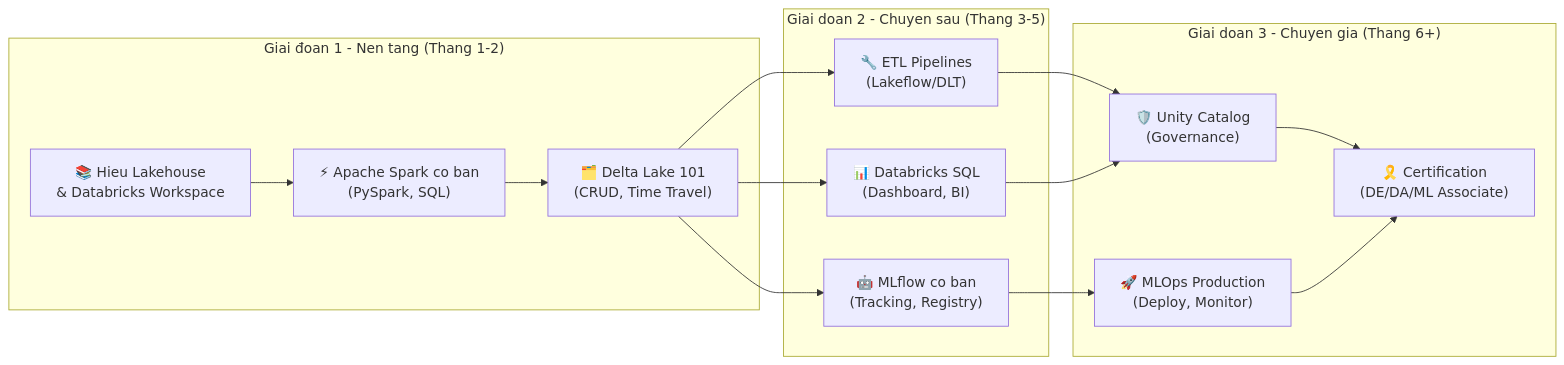
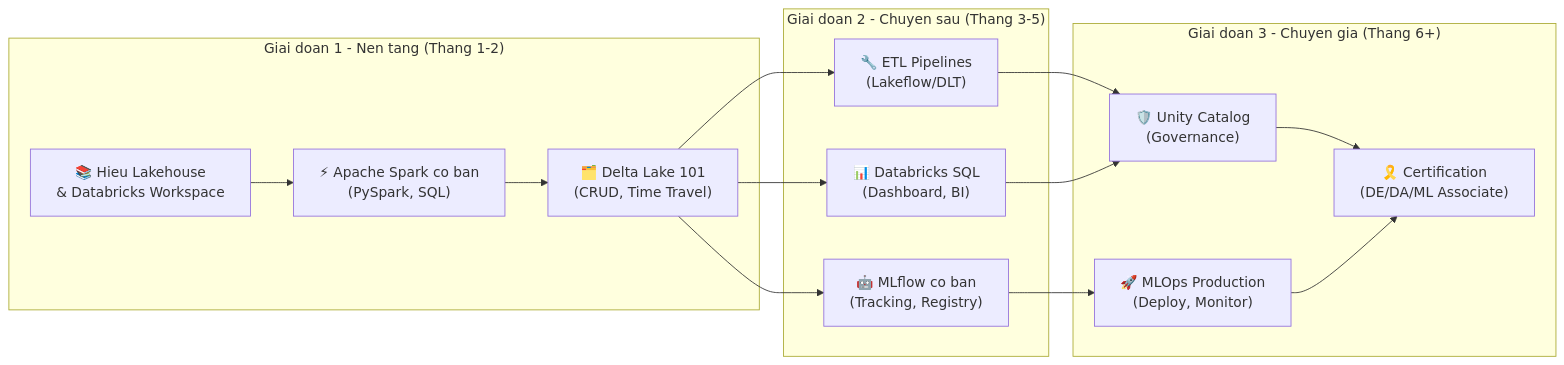
One commit to vuanhtu1993/vuanhtu1993.github.io changed the fourth of 6 diagrams in blog/2026-03-03/azure-databricks-strategic-learning.mdx. Above: the diagram before and after it, drawn with Mermaid. The commit also changed other lines of this file and 2 other files, not shown here.

````diff
--- a/blog/2026-03-03/azure-databricks-strategic-learning.mdx
+++ b/blog/2026-03-03/azure-databricks-strategic-learning.mdx
@@ -200,30 +200,30 @@
 ```mermaid
 flowchart LR
-    subgraph "Giai đoan 1 - Nen tang (Thang 1-2)"
-        A1["📚 Hieu Lakehouse\n& Databricks Workspace"]
-        A2["⚡ Apache Spark co ban\n(PySpark, SQL)"]
-        A3["🗂️ Delta Lake 101\n(CRUD, Time Travel)"]
+    subgraph "Giai doan 1 - Nen tang (Thang 1-2)"
+        A1["📚 Hieu Lakehouse<br>& Databricks Workspace"]
+        A2["⚡ Apache Spark co ban<br>(PySpark, SQL)"]
+        A3["🗂️ Delta Lake 101<br>(CRUD, Time Travel)"]
     end
 
     subgraph "Giai doan 2 - Chuyen sau (Thang 3-5)"
-        B1["🔧 ETL Pipelines\n(Lakeflow/DLT)"]
-        B2["📊 Databricks SQL\n(Dashboard, BI)"]
-        B3["🤖 MLflow co ban\n(Tracking, Registry)"]
+        B1["🔧 ETL Pipelines<br>(Lakeflow/DLT)"]
+        B2["📊 Databricks SQL<br>(Dashboard, BI)"]
+        B3["🤖 MLflow co ban<br>(Tracking, Registry)"]
     end
 
     subgraph "Giai doan 3 - Chuyen gia (Thang 6+)"
-        C1["🛡️ Unity Catalog\n(Governance)"]
-        C2["🚀 MLOps Production\n(Deploy, Monitor)"]
-        C3["🎗️ Certification\n(DE/DA/ML Associate)"]
+        C1["🛡️ Unity Catalog<br>(Governance)"]
+        C2["🚀 MLOps Production<br>(Deploy, Monitor)"]
+        C3["🎗️ Certification<br>(DE/DA/ML Associate)"]
     end
 
     A1 --> A2 --> A3
     A3 --> B1
     A3 --> B2
     A3 --> B3
     B1 --> C1
     B2 --> C1
     B3 --> C2
     C1 --> C3
     C2 --> C3
 ```
````
